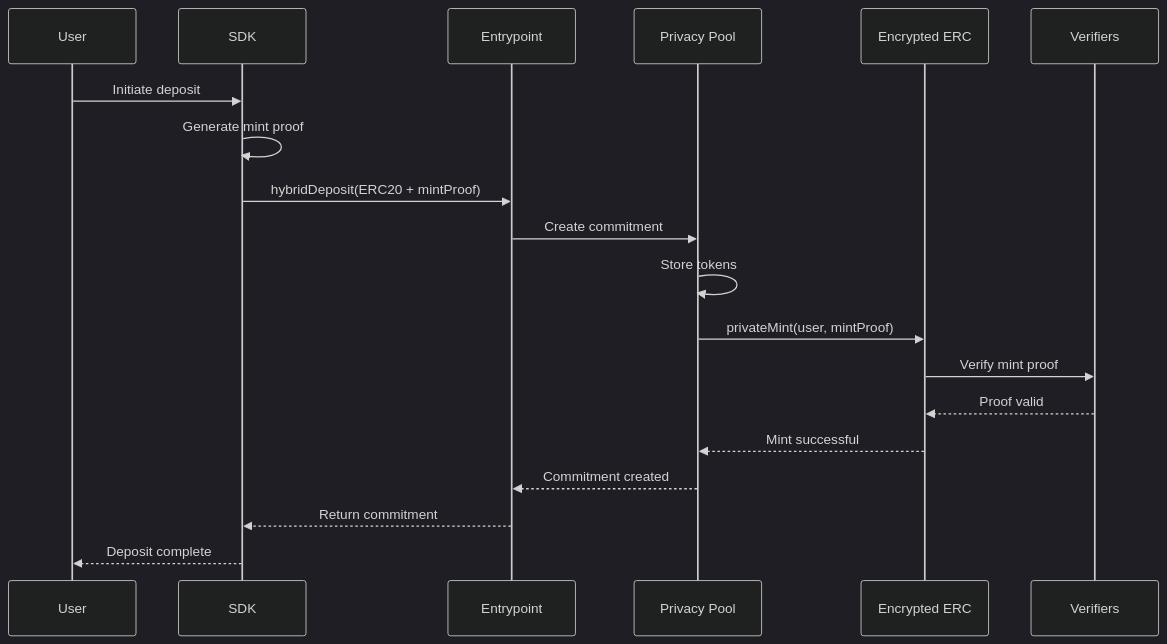
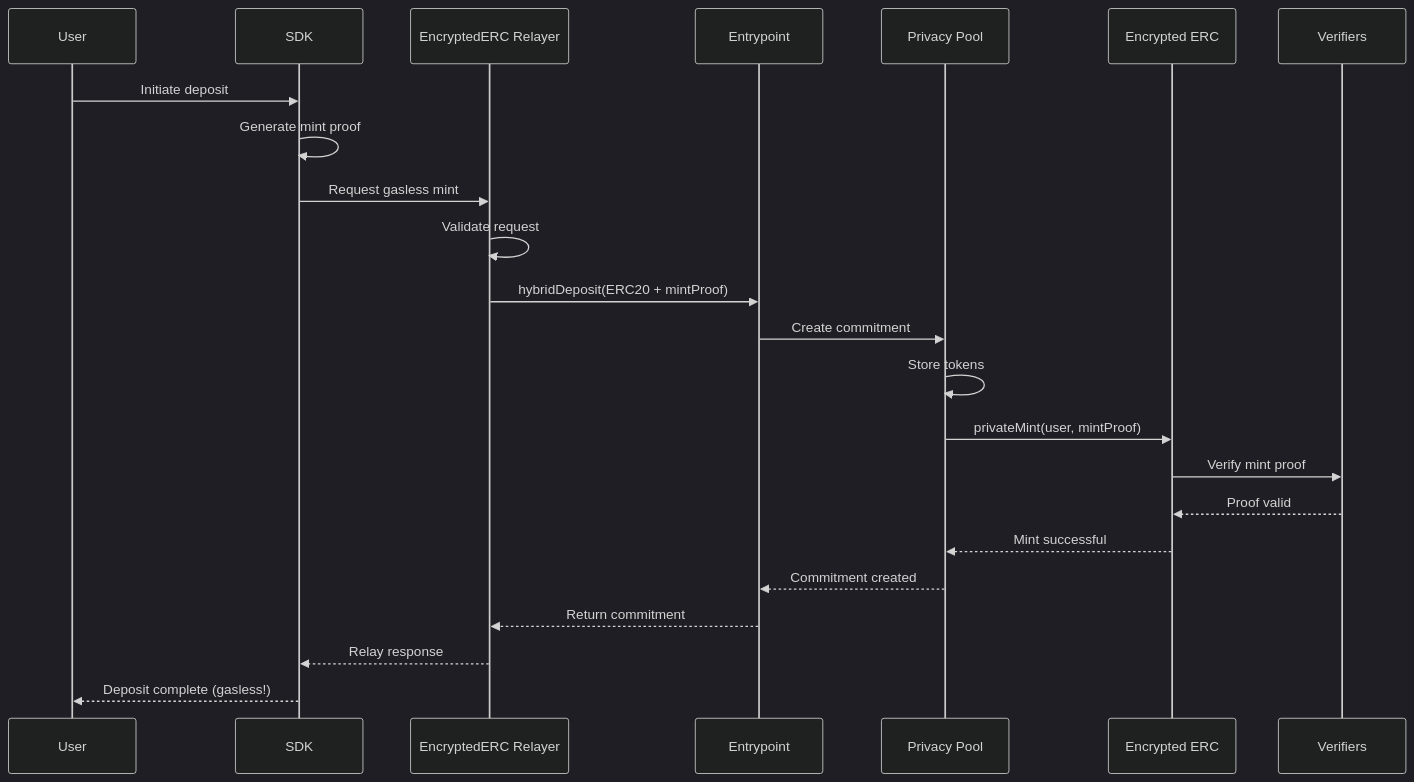
Before and after one commit to Lunaris-protocol/lunaris-private-pools: the first of 3 diagrams in README.md, drawn with Mermaid (dark theme). The commit also changed other lines of this file and 2 other files, not shown here.

````diff
--- a/README.md
+++ b/README.md
@@ -118,22 +134,26 @@
 ```mermaid
 sequenceDiagram
     participant U as User
     participant S as SDK
+    participant R as EncryptedERC Relayer
     participant E as Entrypoint
     participant P as Privacy Pool
     participant EERC as Encrypted ERC
     participant V as Verifiers
 
     U->>S: Initiate deposit
     S->>S: Generate mint proof
-    S->>E: hybridDeposit(ERC20 + mintProof)
+    S->>R: Request gasless mint
+    R->>R: Validate request
+    R->>E: hybridDeposit(ERC20 + mintProof)
     E->>P: Create commitment
     P->>P: Store tokens
     P->>EERC: privateMint(user, mintProof)
     EERC->>V: Verify mint proof
     V-->>EERC: Proof valid
     EERC-->>P: Mint successful
     P-->>E: Commitment created
-    E-->>S: Return commitment
-    S-->>U: Deposit complete
+    E-->>R: Return commitment
+    R-->>S: Relay response
+    S-->>U: Deposit complete (gasless!)
 ```
````
